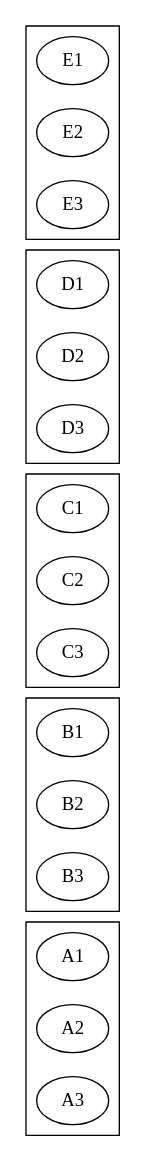
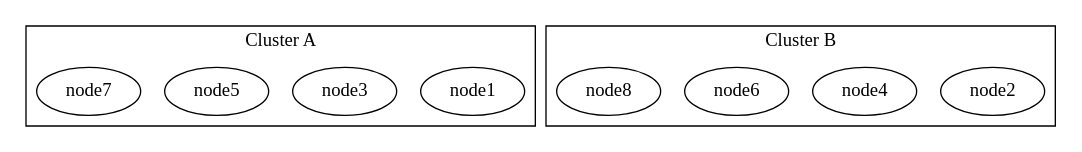
Before and after one commit to sisyphus1212/note: the sixth of 6 diagrams in other/graphviz.md, drawn with Graphviz. The commit also changed other lines of this file, not shown here.

Commit message:
auto_update

````diff
--- a/other/graphviz.md
+++ b/other/graphviz.md
@@ -76,10 +76,15 @@
 ```graphviz
 digraph {
-rankdir=LR
-subgraph cluster_0 { A1; A2; A3 }
-subgraph cluster_1 { B1; B2; B3 }
-subgraph cluster_2 { C1; C2; C3 }
-subgraph cluster_3 { D1; D2; D3 }
-subgraph cluster_4 { E1; E2; E3 }
+  compound=true;
+
+  subgraph cluster_a {
+    label="Cluster A";
+    {rank=same; node1; node3; node5; node7;}
+  }
+  subgraph cluster_b {
+    label="Cluster B";
+    {rank=same; node2; node4; node6; node8;}
+  }
+
 }
 ```
````
